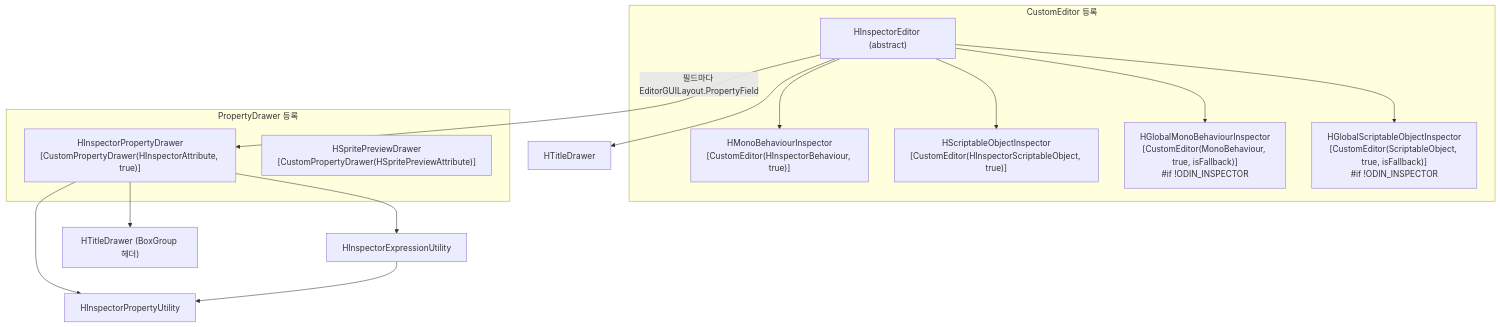
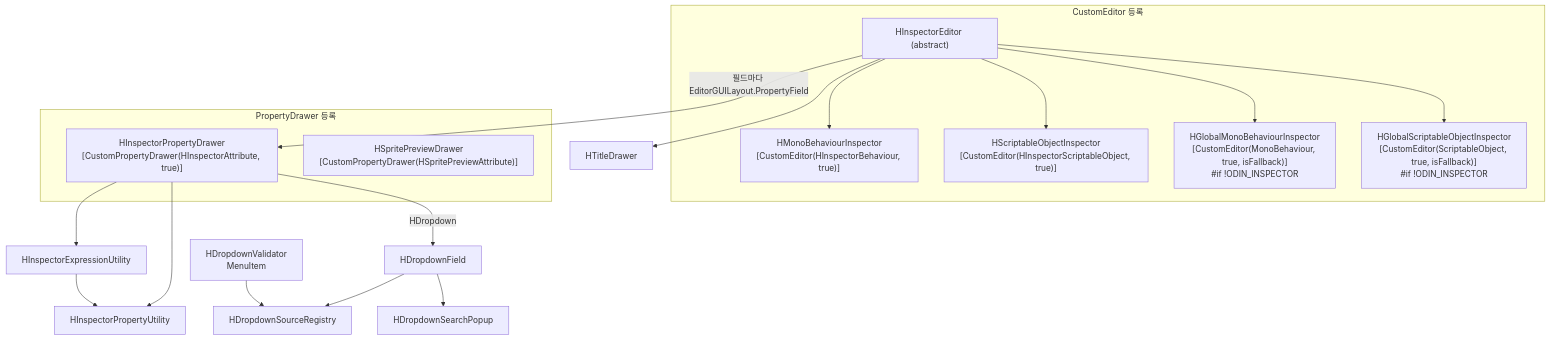
Before and after one commit to HoHong123/HCUP-Unity: the first of 5 diagrams in HInspector/Editor/README.md, drawn with Mermaid. The commit also changed other lines of this file, not shown here.

````diff
--- a/HInspector/Editor/README.md
+++ b/HInspector/Editor/README.md
@@ -43,22 +49,25 @@
 ```mermaid
 flowchart TD
     subgraph 등록["CustomEditor 등록"]
     A["HInspectorEditor (abstract)"]
     A --> B["HMonoBehaviourInspector<br/>[CustomEditor(HInspectorBehaviour, true)]"]
     A --> C["HScriptableObjectInspector<br/>[CustomEditor(HInspectorScriptableObject, true)]"]
     A --> D["HGlobalMonoBehaviourInspector<br/>[CustomEditor(MonoBehaviour, true, isFallback)]<br/>#if !ODIN_INSPECTOR"]
     A --> E["HGlobalScriptableObjectInspector<br/>[CustomEditor(ScriptableObject, true, isFallback)]<br/>#if !ODIN_INSPECTOR"]
     end
 
     subgraph 드로어["PropertyDrawer 등록"]
     F["HInspectorPropertyDrawer<br/>[CustomPropertyDrawer(HInspectorAttribute, true)]"]
     G["HSpritePreviewDrawer<br/>[CustomPropertyDrawer(HSpritePreviewAttribute)]"]
     end
 
     A -->|"필드마다 EditorGUILayout.PropertyField"| F
     F --> H["HInspectorPropertyUtility"]
     F --> I["HInspectorExpressionUtility"]
     I --> H
     A --> J["HTitleDrawer"]
-    F --> K["HTitleDrawer (BoxGroup 헤더)"]
+    F -->|"HDropdown"| DF["HDropdownField"]
+    DF --> REG["HDropdownSourceRegistry"]
+    DF --> POP["HDropdownSearchPopup"]
+    VAL["HDropdownValidator<br/>MenuItem"] --> REG
 ```
````
